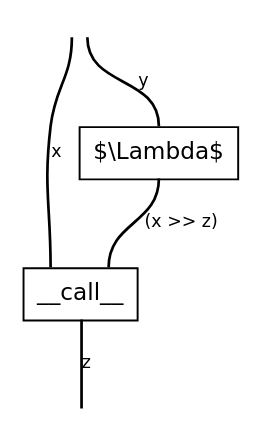
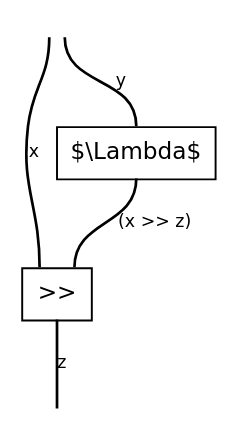
The diagram in docs/_static/cmap/biclosed-curry-right.dot (discopy/discopy), drawn with Graphviz before and after one commit. The commit also changed 5 other files, not shown here.

```diff
--- a/docs/_static/cmap/biclosed-curry-right.dot
+++ b/docs/_static/cmap/biclosed-curry-right.dot
@@ -1,15 +1,15 @@
 graph cmap {
   graph [bgcolor="white", fontname="DejaVu Sans", layout="dot", margin="0.04", outputorder="edgesfirst", overlap="false", rankdir="TB", splines="true"];
   node [color="black", fontname="DejaVu Sans", fontsize="12", margin="0", shape="plain"];
   edge [color="black", fontname="DejaVu Sans", fontsize="9", headclip="true", penwidth="1.4", tailclip="true"];
   v0 [label=<<TABLE BORDER="0" CELLBORDER="0" CELLSPACING="0"><TR><TD PORT="p2" TOOLTIP="dom 0: y (up)" BORDER="0" CELLPADDING="0" COLSPAN="1" WIDTH="18" HEIGHT="0"></TD></TR><TR><TD BORDER="1" CELLPADDING="6" COLSPAN="1" WIDTH="18">$\Lambda$</TD></TR><TR><TD PORT="p3" TOOLTIP="cod 0: (x &gt;&gt; z) (down)" BORDER="0" CELLPADDING="0" COLSPAN="1" WIDTH="18" HEIGHT="0"></TD></TR></TABLE>>];
-  v1 [label=<<TABLE BORDER="0" CELLBORDER="0" CELLSPACING="0"><TR><TD PORT="p4" TOOLTIP="dom 0: x (up)" BORDER="0" CELLPADDING="0" COLSPAN="1" WIDTH="18" HEIGHT="0"></TD><TD PORT="p5" TOOLTIP="dom 1: (x &gt;&gt; z) (up)" BORDER="0" CELLPADDING="0" COLSPAN="1" WIDTH="18" HEIGHT="0"></TD></TR><TR><TD BORDER="1" CELLPADDING="6" COLSPAN="2" WIDTH="36">__call__</TD></TR><TR><TD PORT="p6" TOOLTIP="cod 0: z (down)" BORDER="0" CELLPADDING="0" COLSPAN="2" WIDTH="36" HEIGHT="0"></TD></TR></TABLE>>];
+  v1 [label=<<TABLE BORDER="0" CELLBORDER="0" CELLSPACING="0"><TR><TD PORT="p4" TOOLTIP="dom 0: x (up)" BORDER="0" CELLPADDING="0" COLSPAN="1" WIDTH="18" HEIGHT="0"></TD><TD PORT="p5" TOOLTIP="dom 1: (x &gt;&gt; z) (up)" BORDER="0" CELLPADDING="0" COLSPAN="1" WIDTH="18" HEIGHT="0"></TD></TR><TR><TD BORDER="1" CELLPADDING="6" COLSPAN="2" WIDTH="36">&gt;&gt;</TD></TR><TR><TD PORT="p6" TOOLTIP="cod 0: z (down)" BORDER="0" CELLPADDING="0" COLSPAN="2" WIDTH="36" HEIGHT="0"></TD></TR></TABLE>>];
   input [label=<<TABLE BORDER="0" CELLBORDER="0" CELLSPACING="0"><TR><TD PORT="p0" TOOLTIP="input 0: x" BORDER="0" CELLPADDING="4"></TD><TD PORT="p1" TOOLTIP="input 1: y" BORDER="0" CELLPADDING="4"></TD></TR></TABLE>>];
   output [label=<<TABLE BORDER="0" CELLBORDER="0" CELLSPACING="0"><TR><TD PORT="p7" TOOLTIP="output 0: z" BORDER="0" CELLPADDING="4"></TD></TR></TABLE>>];
   { rank=min; input; }
   { rank=max; output; }
   input:p0:s -- v1:p4:n [label="x", labeldistance="1.6", len="0.85"];
   input:p1:s -- v0:p2:n [label="y", labeldistance="1.6", len="0.85"];
   v0:p3:s -- v1:p5:n [label="(x >> z)", labeldistance="1.6", len="0.85"];
   v1:p6:s -- output:p7:n [label="z", labeldistance="1.6", len="0.85"];
 }
```
